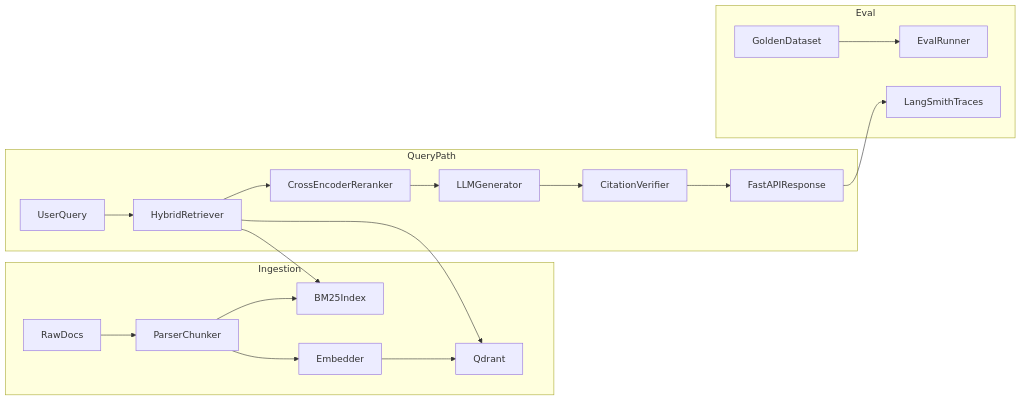
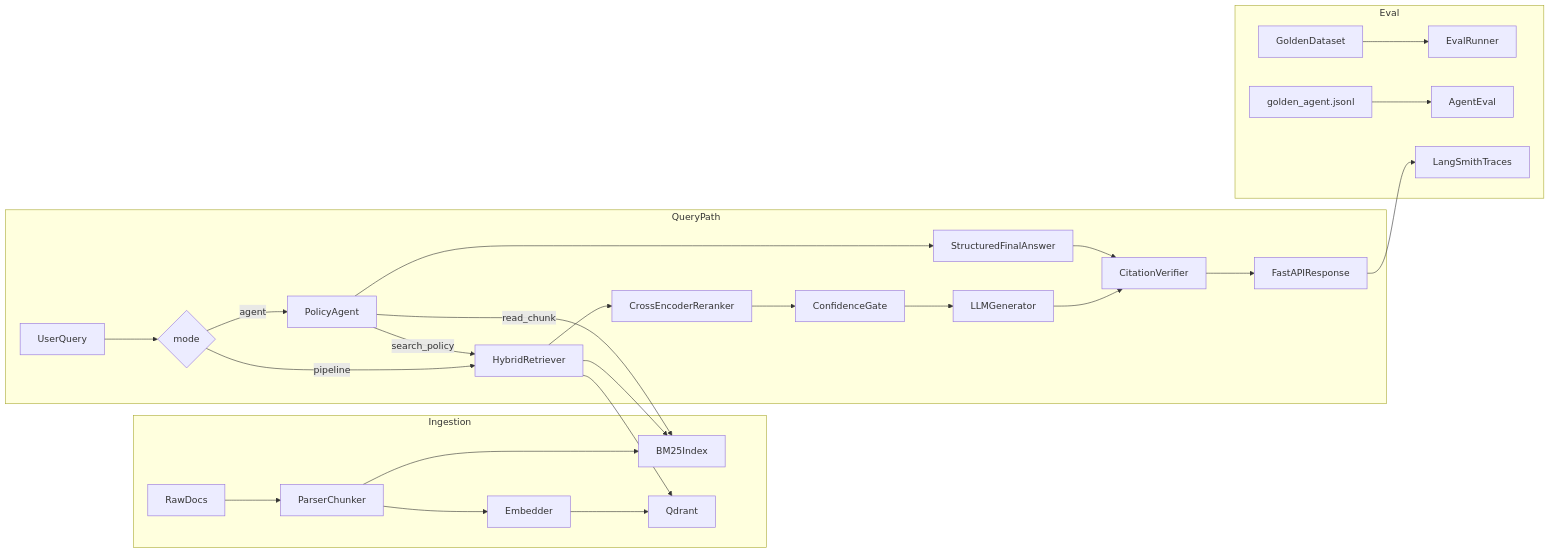
Before and after one commit to SamLookingGlass/carepolicy-rag-project: the third of 3 diagrams in README.md, drawn with Mermaid. The commit also changed other lines of this file, not shown here.

Commit message:
Readme.md updated with latest mermaid diagrams, agentic workflow steps, and architechture

````diff
--- a/README.md
+++ b/README.md
@@ -163,24 +187,32 @@
 ```mermaid
 flowchart LR
     subgraph ingest [Ingestion]
         Raw[RawDocs] --> Parse[ParserChunker]
         Parse --> Embed[Embedder]
         Parse --> BM25Index[BM25Index]
         Embed --> Qdrant[Qdrant]
     end
 
     subgraph query [QueryPath]
-        Q[UserQuery] --> Hybrid[HybridRetriever]
+        Q[UserQuery] --> Mode{mode}
+        Mode -->|pipeline| Hybrid[HybridRetriever]
         Hybrid --> BM25Index
         Hybrid --> Qdrant
         Hybrid --> Rerank[CrossEncoderReranker]
-        Rerank --> Gen[LLMGenerator]
+        Rerank --> Gate[ConfidenceGate]
+        Gate --> Gen[LLMGenerator]
+        Mode -->|agent| Agent[PolicyAgent]
+        Agent -->|search_policy| Hybrid
+        Agent -->|read_chunk| BM25Index
+        Agent --> Struct[StructuredFinalAnswer]
         Gen --> Cite[CitationVerifier]
+        Struct --> Cite
         Cite --> API[FastAPIResponse]
     end
 
     subgraph eval [Eval]
         Golden[GoldenDataset] --> EvalRunner[EvalRunner]
+        AgentSet[golden_agent.jsonl] --> AgentEval[AgentEval]
         API --> LangSmith[LangSmithTraces]
     end
 ```
````
